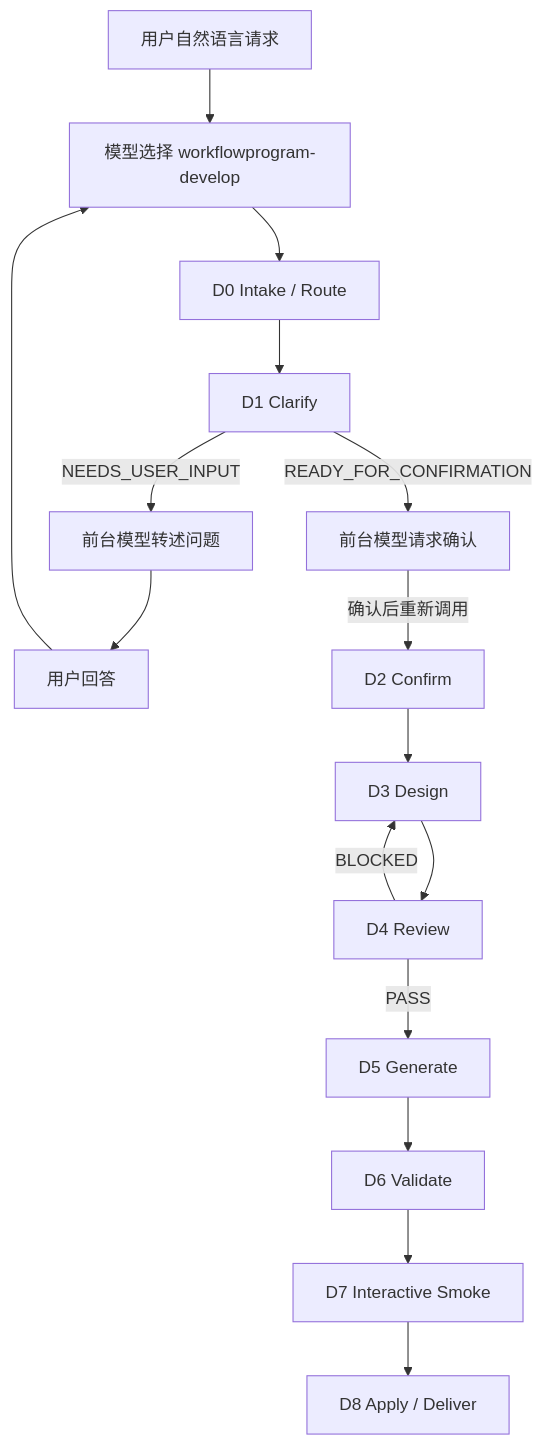
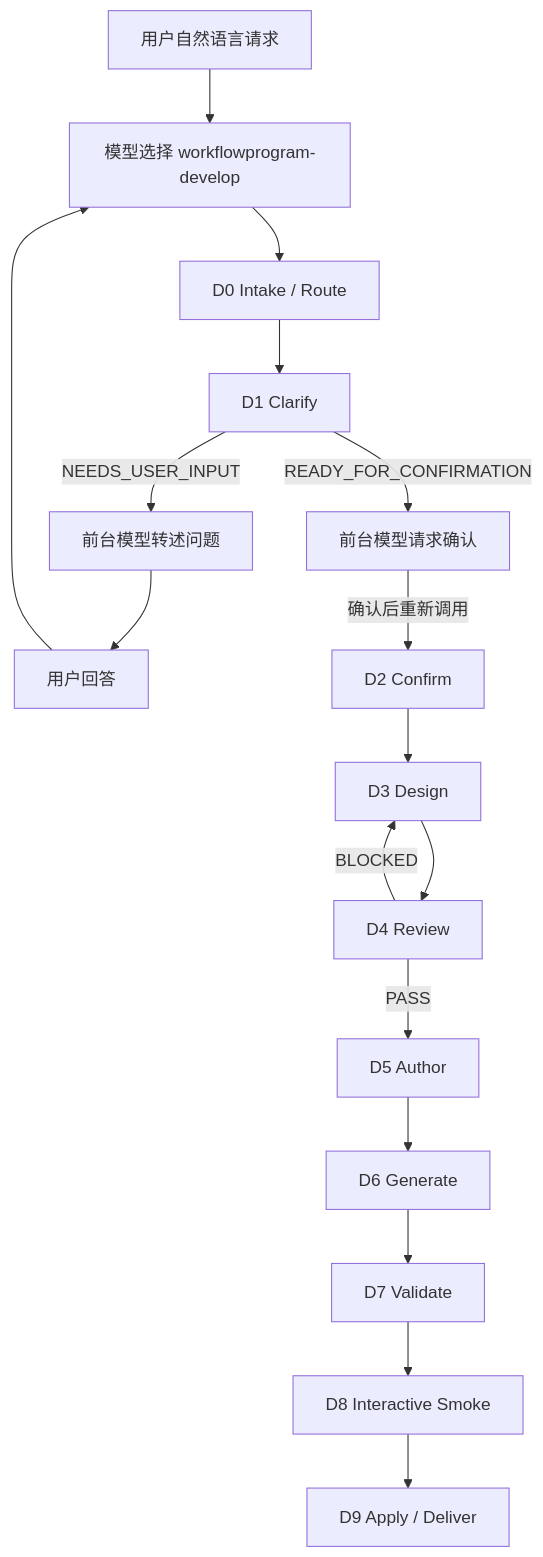
Before and after one commit to Logic70/WorkflowProgram-Native-CN: the second of 3 diagrams in docs/native-workflow-control-plane-highlevel-design.md, drawn with Mermaid. The commit also changed other lines of this file and 13 other files, not shown here.

````diff
--- a/docs/native-workflow-control-plane-highlevel-design.md
+++ b/docs/native-workflow-control-plane-highlevel-design.md
@@ -181,18 +193,19 @@
 ```mermaid
 flowchart TD
     A["用户自然语言请求"] --> B["模型选择 workflowprogram-develop"]
     B --> C["D0 Intake / Route"]
     C --> D["D1 Clarify"]
     D -->|NEEDS_USER_INPUT| E["前台模型转述问题"]
     E --> F["用户回答"]
     F --> B
     D -->|READY_FOR_CONFIRMATION| G["前台模型请求确认"]
     G -->|确认后重新调用| H["D2 Confirm"]
     H --> I["D3 Design"]
     I --> J["D4 Review"]
     J -->|BLOCKED| I
-    J -->|PASS| K["D5 Generate"]
-    K --> L["D6 Validate"]
-    L --> M["D7 Interactive Smoke"]
-    M --> N["D8 Apply / Deliver"]
+    J -->|PASS| K["D5 Author"]
+    K --> L["D6 Generate"]
+    L --> M["D7 Validate"]
+    M --> N["D8 Interactive Smoke"]
+    N --> O["D9 Apply / Deliver"]
 ```
````
